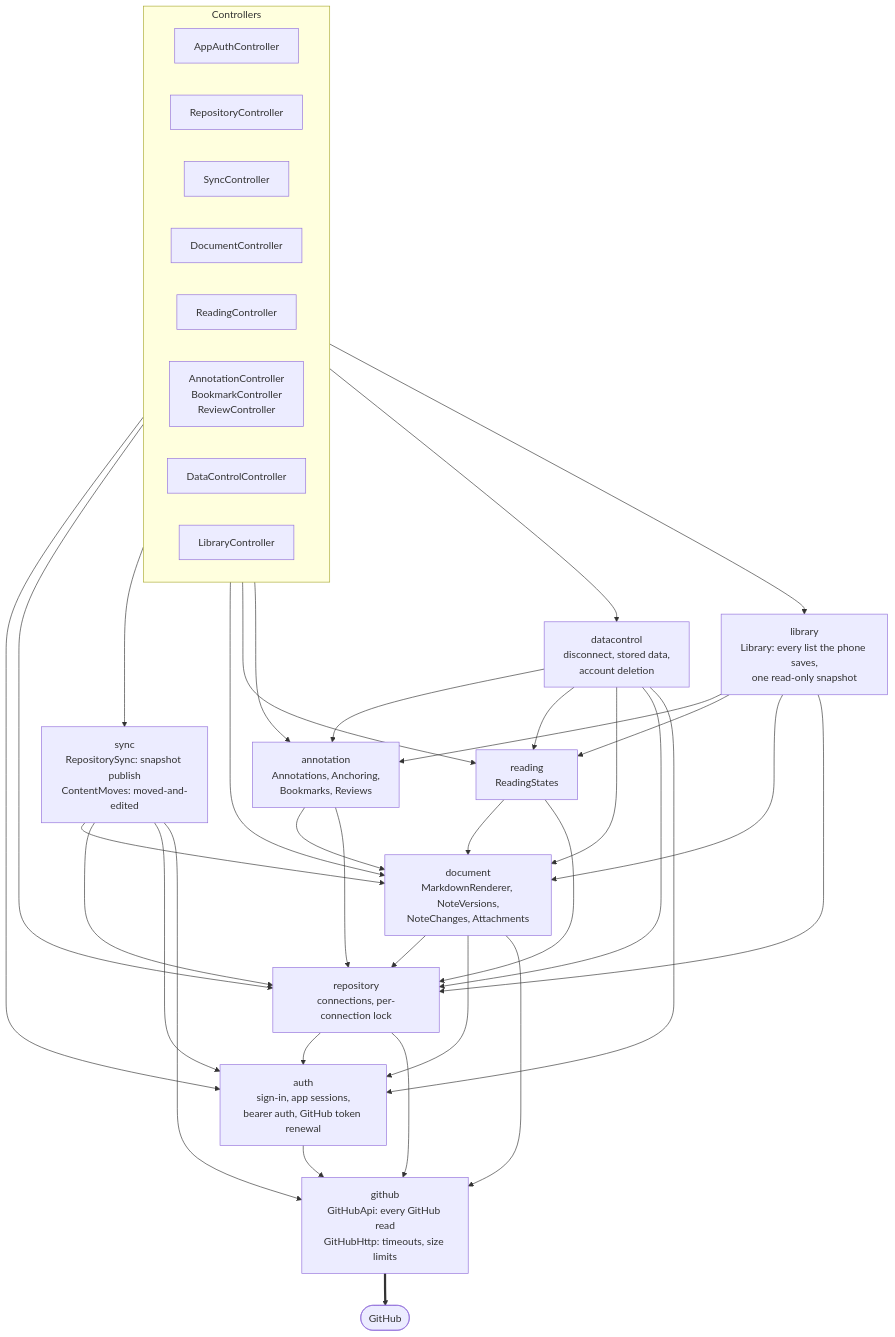
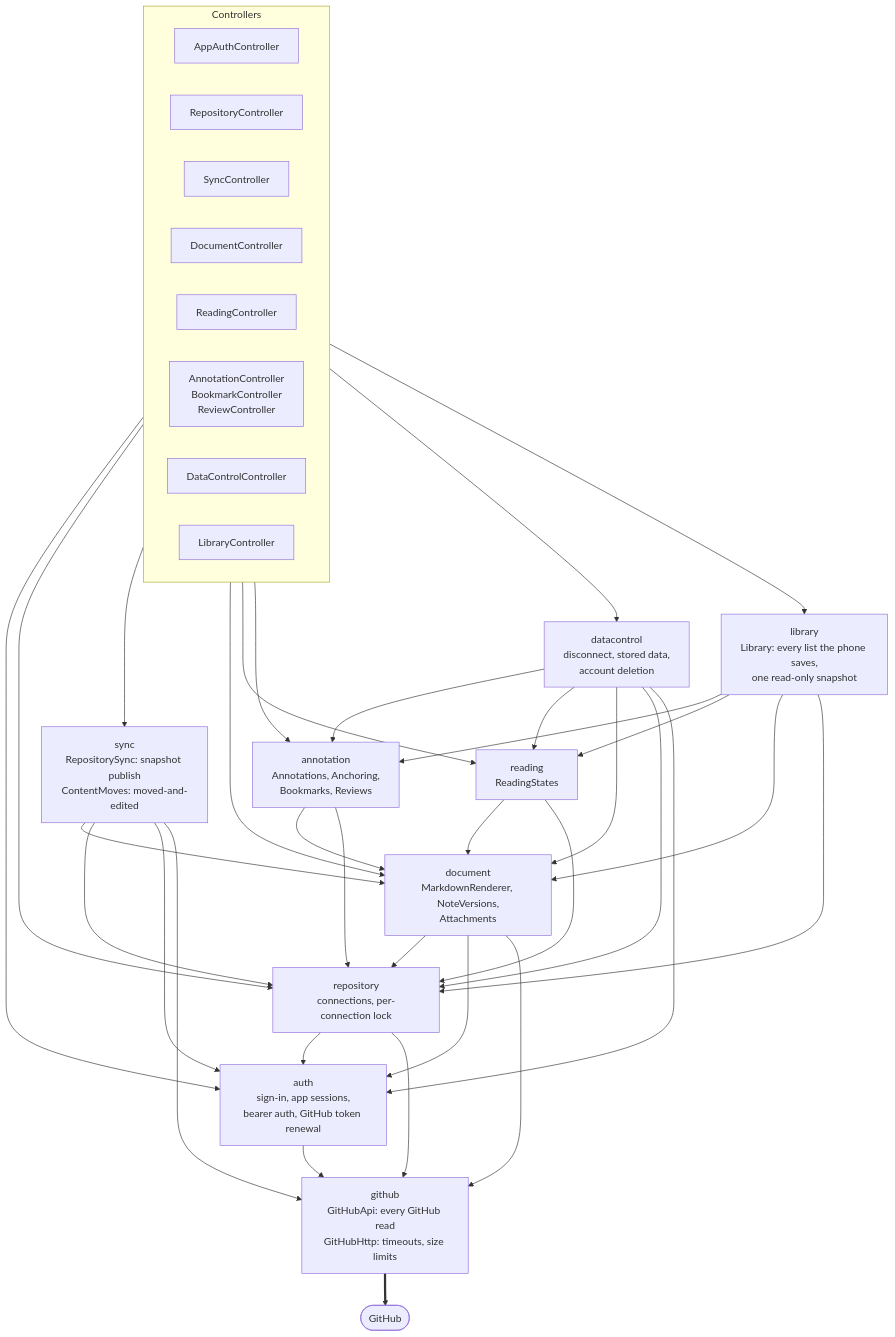
One commit to jaxwong/reporead changed the third of 12 diagrams in docs/architecture.md. Above: the diagram before and after it, drawn with Mermaid. The commit also changed other lines of this file and 8 other files, not shown here.

````diff
--- a/docs/architecture.md
+++ b/docs/architecture.md
@@ -95,59 +95,59 @@
 ```mermaid
 flowchart TB
     subgraph HTTP["Controllers"]
         direction LR
         AuthC["AppAuthController"]
         RepoC["RepositoryController"]
         SyncC["SyncController"]
         DocC["DocumentController"]
         ReadC["ReadingController"]
         AnnC["AnnotationController<br/>BookmarkController<br/>ReviewController"]
         DataC["DataControlController"]
         LibC["LibraryController"]
     end
 
     datacontrol["datacontrol<br/>disconnect, stored data,<br/>account deletion"]
     library["library<br/>Library: every list the phone saves,<br/>one read-only snapshot"]
     sync["sync<br/>RepositorySync: snapshot publish<br/>ContentMoves: moved-and-edited"]
     annotation["annotation<br/>Annotations, Anchoring,<br/>Bookmarks, Reviews"]
     reading["reading<br/>ReadingStates"]
-    document["document<br/>MarkdownRenderer, NoteVersions,<br/>NoteChanges, Attachments"]
+    document["document<br/>MarkdownRenderer, NoteVersions,<br/>Attachments"]
     repository["repository<br/>connections, per-connection lock"]
     auth["auth<br/>sign-in, app sessions,<br/>bearer auth, GitHub token renewal"]
     github["github<br/>GitHubApi: every GitHub read<br/>GitHubHttp: timeouts, size limits"]
 
     AuthC --> auth
     RepoC --> repository
     SyncC --> sync
     DocC --> document
     ReadC --> reading
     AnnC --> annotation
     DataC --> datacontrol
     LibC --> library
 
     datacontrol --> annotation
     datacontrol --> reading
     datacontrol --> document
     datacontrol --> repository
     datacontrol --> auth
     library --> annotation
     library --> reading
     library --> document
     library --> repository
     sync --> document
     sync --> repository
     sync --> auth
     sync --> github
     annotation --> document
     annotation --> repository
     reading --> document
     reading --> repository
     document --> repository
     document --> auth
     document --> github
     repository --> auth
     repository --> github
     auth --> github
 
     github ==> GH(["GitHub"])
 ```
````
